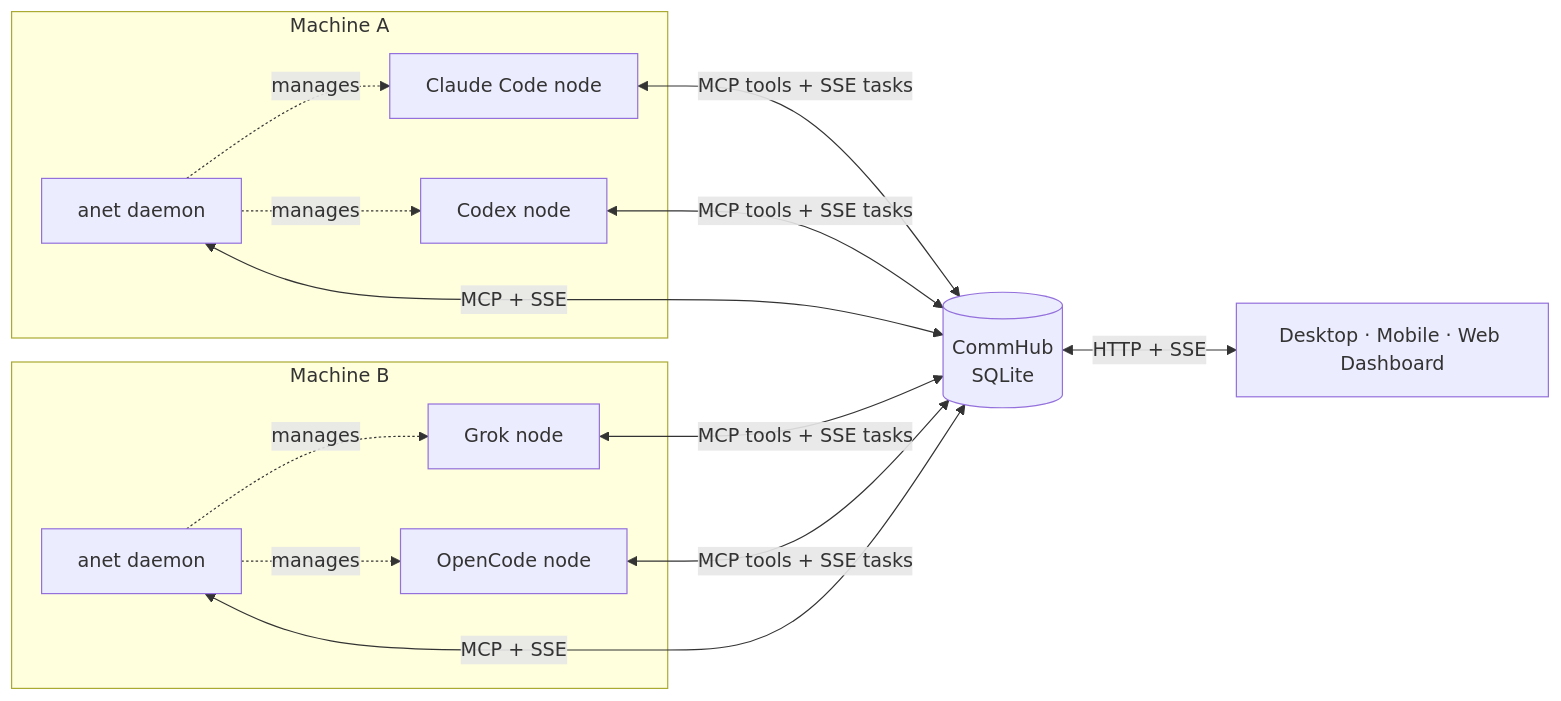
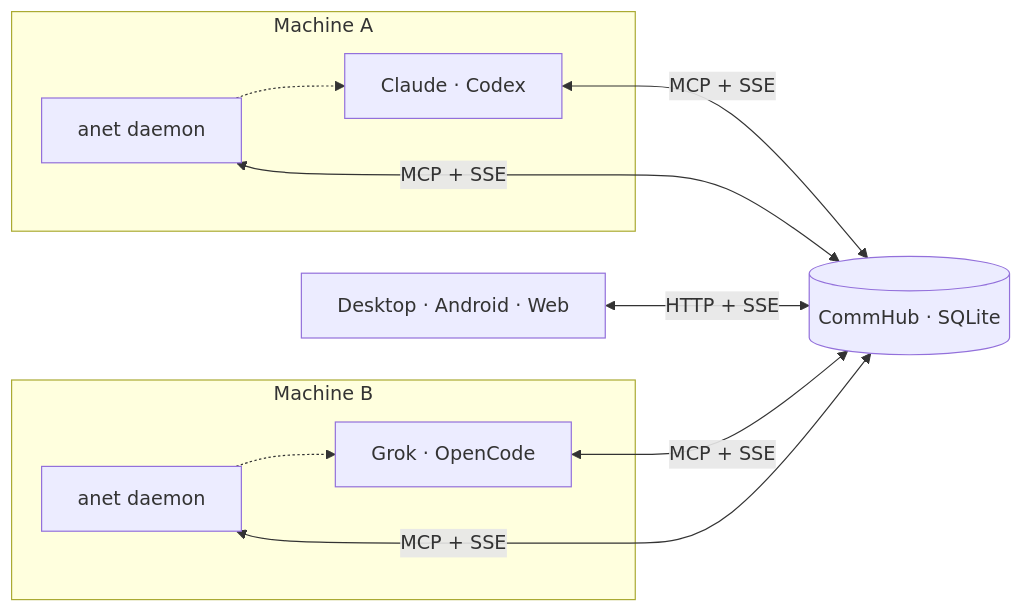
One commit to sleep2agi/agent-network changed the diagram in README.en.md. Above: the diagram before and after it, drawn with Mermaid. The commit also changed other lines of this file and 1 other file, not shown here.

First line of the commit message:
docs: rewrite the GitHub README in Chinese and English

````diff
--- a/README.en.md
+++ b/README.en.md
@@ -61,12 +72,12 @@
 ```mermaid
 flowchart LR
+  C["Desktop · Android · Web"] <-->|"HTTP + SSE"| H[("CommHub · SQLite")]
   subgraph A["Machine A"]
-    DA["anet daemon"] -.manages.-> N1["Claude Code node"] & N2["Codex node"]
+    D1["anet daemon"] -.-> N1["Claude · Codex"]
   end
   subgraph B["Machine B"]
-    DB["anet daemon"] -.manages.-> N3["Grok node"] & N4["OpenCode node"]
+    D2["anet daemon"] -.-> N2["Grok · OpenCode"]
   end
-  N1 & N2 & N3 & N4 <-->|"MCP tools + SSE tasks"| H[("CommHub<br/>SQLite")]
-  DA & DB <-->|"MCP + SSE"| H
-  H <-->|"HTTP + SSE"| C["Desktop · Mobile · Web Dashboard"]
+  D1 & D2 <-->|"MCP + SSE"| H
+  N1 & N2 <-->|"MCP + SSE"| H
 ```
````
